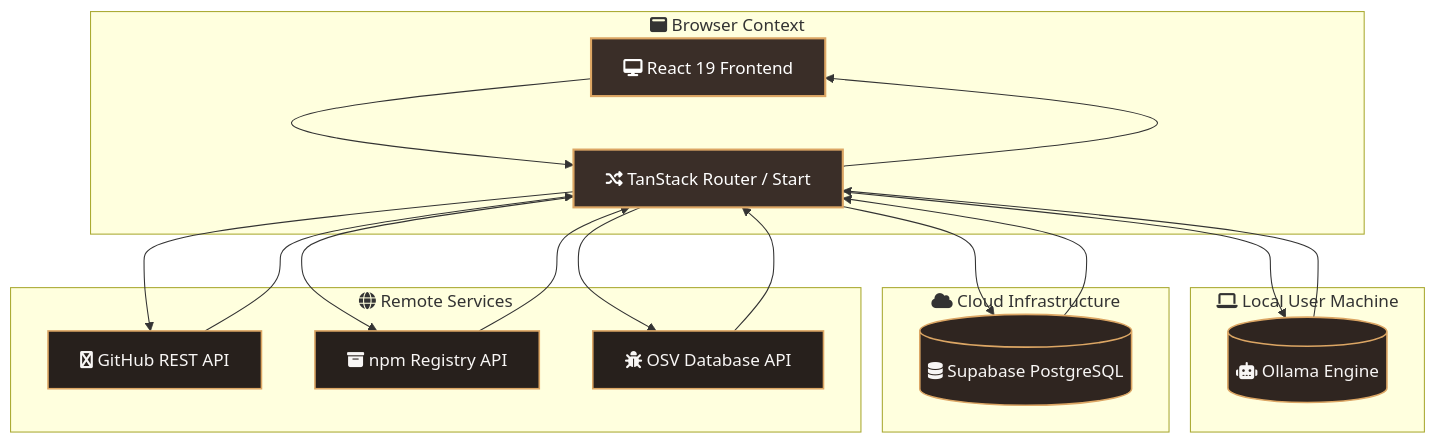
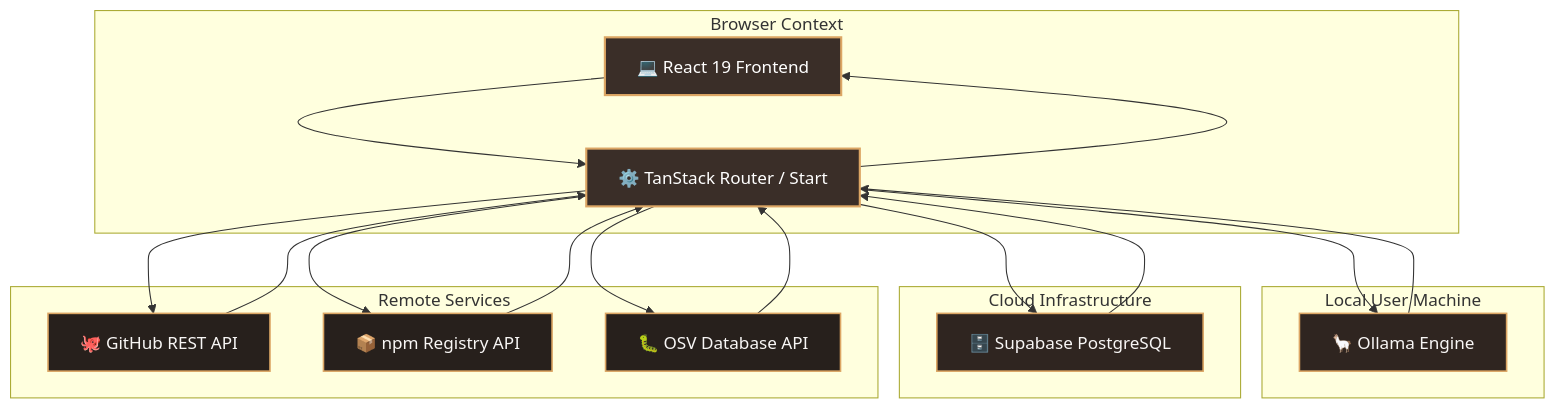
The diagram in README.md (ritvikindupuri/Ward---MCP-Auditior), drawn with Mermaid before and after one commit. The commit also changed 1 other file, not shown here.

Commit message:
docs: finalize bulletproof markdown flowchart syntax with standard shapes and text emojis

````diff
--- a/README.md
+++ b/README.md
@@ -40,40 +40,40 @@
 ```mermaid
 flowchart TD
     %% Define style variables matching cozy dark tan / gold theme
     classDef default fill:#27201c,stroke:#dca664,stroke-width:1.5px,color:#f8f6f5;
     classDef browser fill:#3a2e28,stroke:#dca664,stroke-width:2px,color:#fff;
     classDef engine fill:#1f1916,stroke:#e85d04,stroke-width:2px,color:#fffaeb;
     classDef db fill:#2f2520,stroke:#dca664,stroke-width:1.5px,color:#f8f6f5;
 
-    subgraph BROWSER ["fa:fa-window-maximize Browser Context"]
-        Client["fa:fa-desktop React 19 Frontend"]:::browser
-        Router["fa:fa-random TanStack Router / Start"]:::browser
+    subgraph BROWSER ["Browser Context"]
+        Client["💻 React 19 Frontend"]:::browser
+        Router["⚙️ TanStack Router / Start"]:::browser
         Client --> Router
         Router --> Client
     end
     
-    subgraph USER_MACHINE ["fa:fa-laptop Local User Machine"]
-        Ollama[("fa:fa-robot Ollama Engine")]:::db
+    subgraph USER_MACHINE ["Local User Machine"]
+        Ollama["🦙 Ollama Engine"]:::db
     end
     
-    subgraph CLOUD ["fa:fa-cloud Cloud Infrastructure"]
-        DB[("fa:fa-database Supabase PostgreSQL")]:::db
+    subgraph CLOUD ["Cloud Infrastructure"]
+        DB["🗄️ Supabase PostgreSQL"]:::db
     end
     
-    subgraph SERVICES ["fa:fa-globe Remote Services"]
-        GitHub["fa:fa-github GitHub REST API"]:::default
-        NPM["fa:fa-archive npm Registry API"]:::default
-        OSV["fa:fa-bug OSV Database API"]:::default
+    subgraph SERVICES ["Remote Services"]
+        GitHub["🐙 GitHub REST API"]:::default
+        NPM["📦 npm Registry API"]:::default
+        OSV["🐛 OSV Database API"]:::default
     end
     
     Router --> DB
     DB --> Router
     Router --> GitHub
     GitHub --> Router
     Router --> Ollama
     Ollama --> Router
     Router --> NPM
     NPM --> Router
     Router --> OSV
     OSV --> Router
 ```
````
